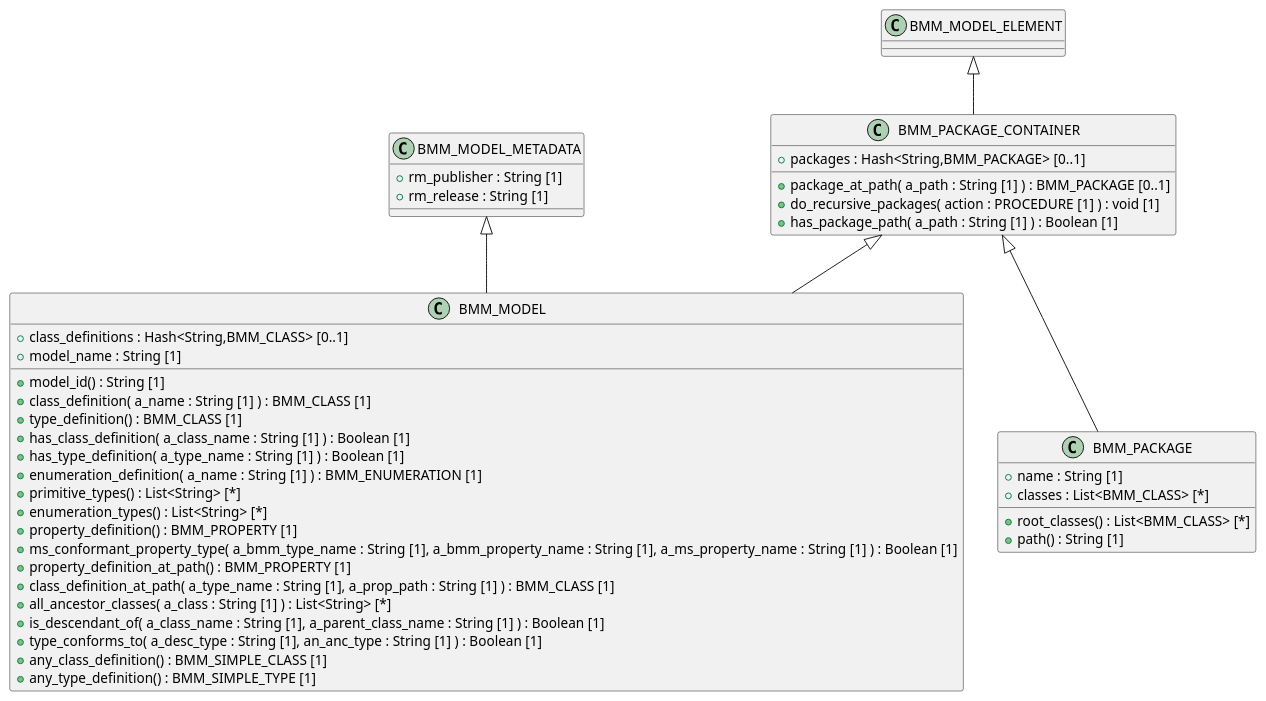
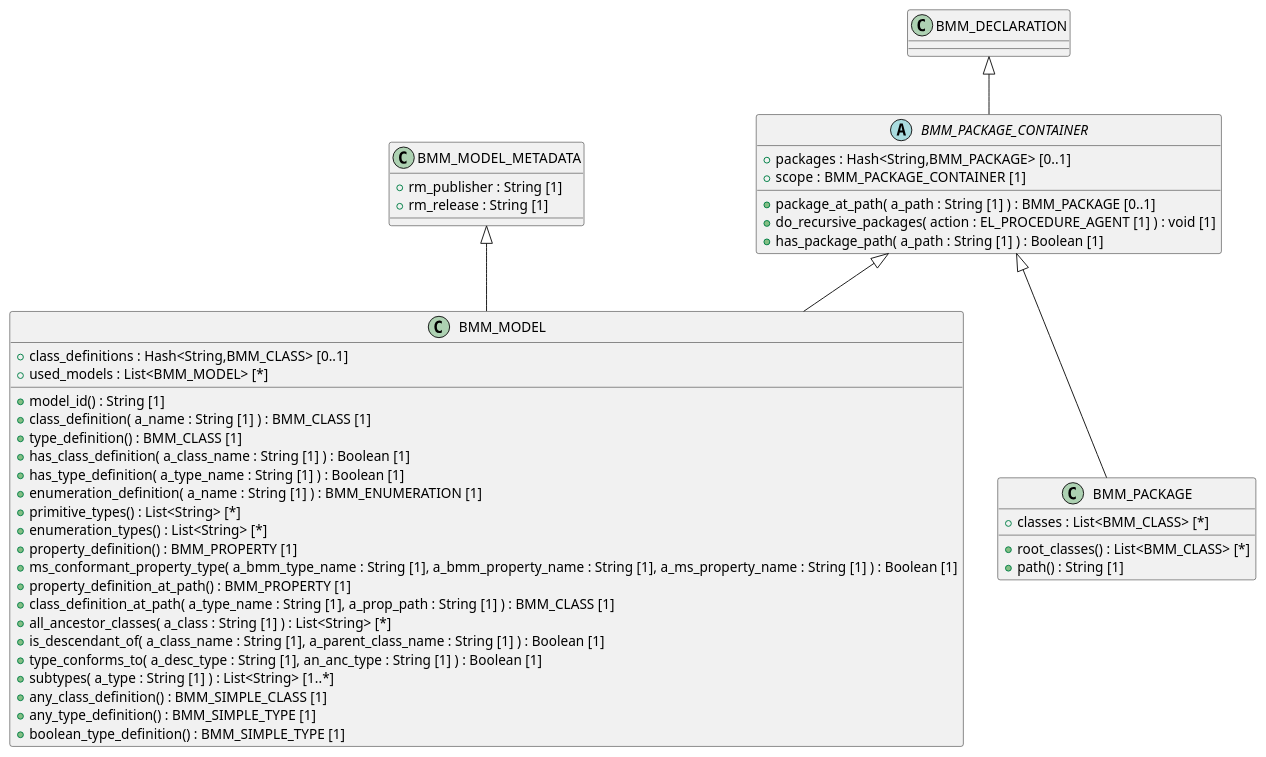
Before and after one commit to sebastian-iancu/code-generator: the diagram in code/Adoc/openehr_lang_1.0.0/plantUML/packages/org.openehr.lang.bmm.core.model.adoc, drawn with PlantUML. The commit also changed 719 other files, not shown here.

```diff
--- a/code/Adoc/openehr_lang_1.0.0/plantUML/packages/org.openehr.lang.bmm.core.model.adoc
+++ b/code/Adoc/openehr_lang_1.0.0/plantUML/packages/org.openehr.lang.bmm.core.model.adoc
@@ -1,52 +1,54 @@
 [plantuml,model,format=svg,svg-type="inline"]
 -----
 @startuml
 
 class BMM_MODEL {
   + class_definitions : Hash<String,BMM_CLASS> [0..1]
-  + model_name : String [1]
+  + used_models : List<BMM_MODEL> [*]
   + model_id() : String [1]
   + class_definition( a_name : String [1] ) : BMM_CLASS [1]
   + type_definition() : BMM_CLASS [1]
   + has_class_definition( a_class_name : String [1] ) : Boolean [1]
   + has_type_definition( a_type_name : String [1] ) : Boolean [1]
   + enumeration_definition( a_name : String [1] ) : BMM_ENUMERATION [1]
   + primitive_types() : List<String> [*]
   + enumeration_types() : List<String> [*]
   + property_definition() : BMM_PROPERTY [1]
   + ms_conformant_property_type( a_bmm_type_name : String [1], a_bmm_property_name : String [1], a_ms_property_name : String [1] ) : Boolean [1]
   + property_definition_at_path() : BMM_PROPERTY [1]
   + class_definition_at_path( a_type_name : String [1], a_prop_path : String [1] ) : BMM_CLASS [1]
   + all_ancestor_classes( a_class : String [1] ) : List<String> [*]
   + is_descendant_of( a_class_name : String [1], a_parent_class_name : String [1] ) : Boolean [1]
   + type_conforms_to( a_desc_type : String [1], an_anc_type : String [1] ) : Boolean [1]
+  + subtypes( a_type : String [1] ) : List<String> [1..*]
   + any_class_definition() : BMM_SIMPLE_CLASS [1]
   + any_type_definition() : BMM_SIMPLE_TYPE [1]
+  + boolean_type_definition() : BMM_SIMPLE_TYPE [1]
 }
 
 class BMM_MODEL_METADATA {
   + rm_publisher : String [1]
   + rm_release : String [1]
 }
 
 class BMM_PACKAGE {
-  + name : String [1]
   + classes : List<BMM_CLASS> [*]
   + root_classes() : List<BMM_CLASS> [*]
   + path() : String [1]
 }
 
-class BMM_PACKAGE_CONTAINER {
+abstract class BMM_PACKAGE_CONTAINER {
   + packages : Hash<String,BMM_PACKAGE> [0..1]
+  + scope : BMM_PACKAGE_CONTAINER [1]
   + package_at_path( a_path : String [1] ) : BMM_PACKAGE [0..1]
-  + do_recursive_packages( action : PROCEDURE [1] ) : void [1]
+  + do_recursive_packages( action : EL_PROCEDURE_AGENT [1] ) : void [1]
   + has_package_path( a_path : String [1] ) : Boolean [1]
 }
 
 BMM_PACKAGE_CONTAINER <|-- BMM_MODEL
 BMM_MODEL_METADATA <|-- BMM_MODEL
 BMM_PACKAGE_CONTAINER <|-- BMM_PACKAGE
-BMM_MODEL_ELEMENT <|-- BMM_PACKAGE_CONTAINER
+BMM_DECLARATION <|-- BMM_PACKAGE_CONTAINER
 
 @enduml
 -----
```
